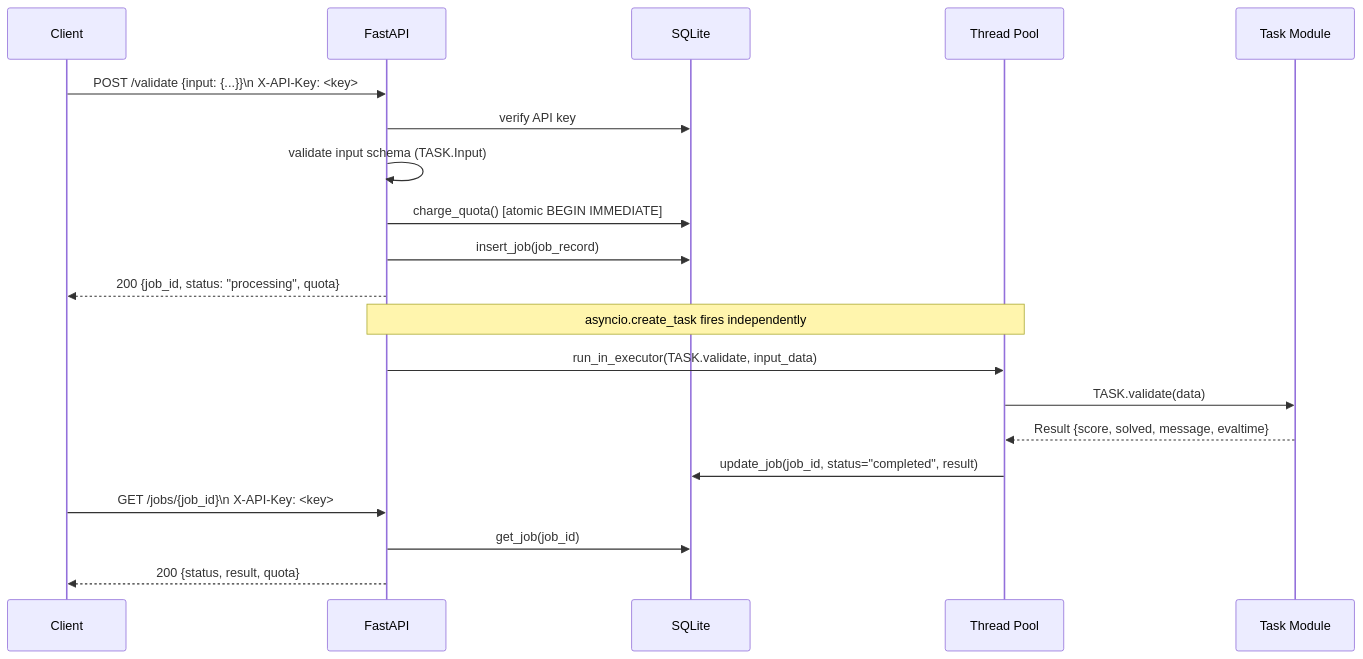
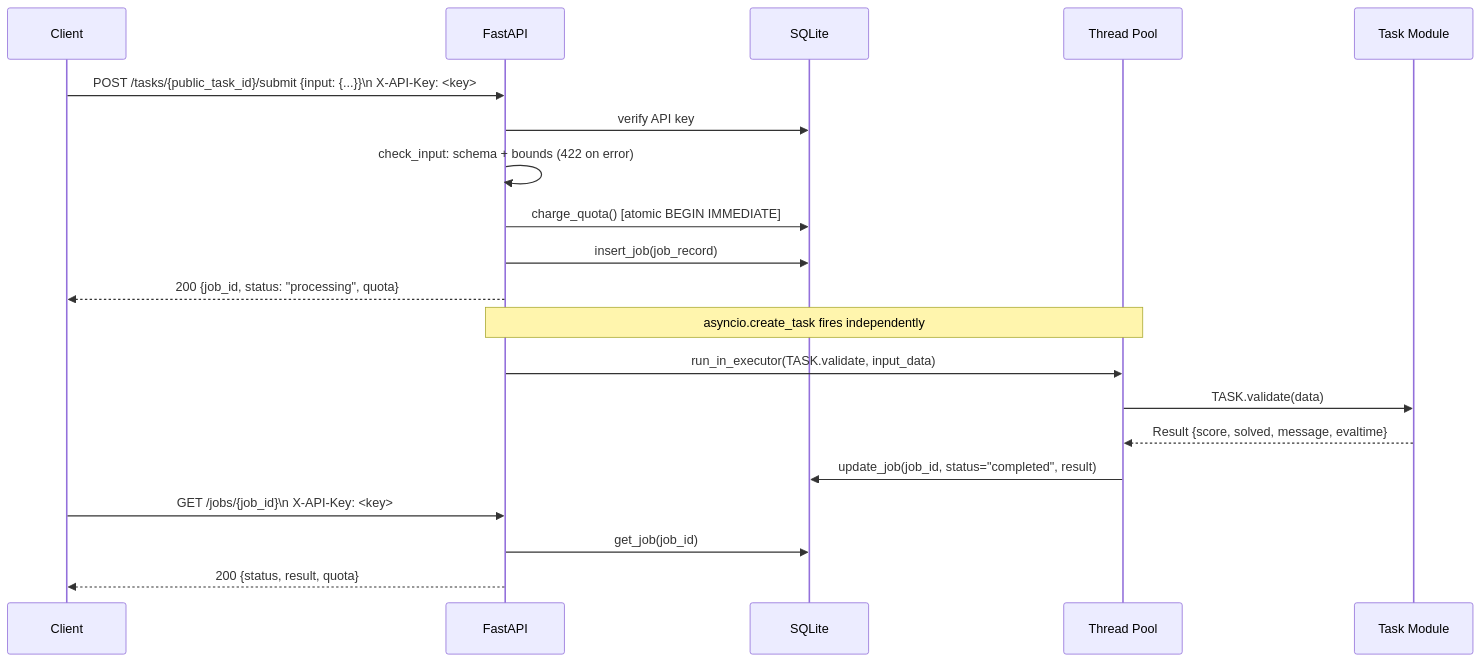
The second of 3 diagrams in docs/architecture/data-flow.md (slaclab/slacathon26), drawn with Mermaid before and after one commit. The commit also changed other lines of this file and 37 other files, not shown here.

First line of the commit message:
feat(tasks)!: serve all tasks concurrently with per-task submit

````diff
--- a/docs/architecture/data-flow.md
+++ b/docs/architecture/data-flow.md
@@ -32,25 +32,25 @@
 ```mermaid
 sequenceDiagram
     participant C as Client
     participant A as FastAPI
     participant DB as SQLite
     participant TP as Thread Pool
     participant T as Task Module
 
-    C->>A: POST /validate {input: {...}}\n X-API-Key: <key>
+    C->>A: POST /tasks/{public_task_id}/submit {input: {...}}\n X-API-Key: <key>
     A->>DB: verify API key
-    A->>A: validate input schema (TASK.Input)
+    A->>A: check_input: schema + bounds (422 on error)
     A->>DB: charge_quota() [atomic BEGIN IMMEDIATE]
     A->>DB: insert_job(job_record)
     A-->>C: 200 {job_id, status: "processing", quota}
 
     Note over A,TP: asyncio.create_task fires independently
     A->>TP: run_in_executor(TASK.validate, input_data)
     TP->>T: TASK.validate(data)
     T-->>TP: Result {score, solved, message, evaltime}
     TP->>DB: update_job(job_id, status="completed", result)
 
     C->>A: GET /jobs/{job_id}\n X-API-Key: <key>
     A->>DB: get_job(job_id)
     A-->>C: 200 {status, result, quota}
 ```
````
